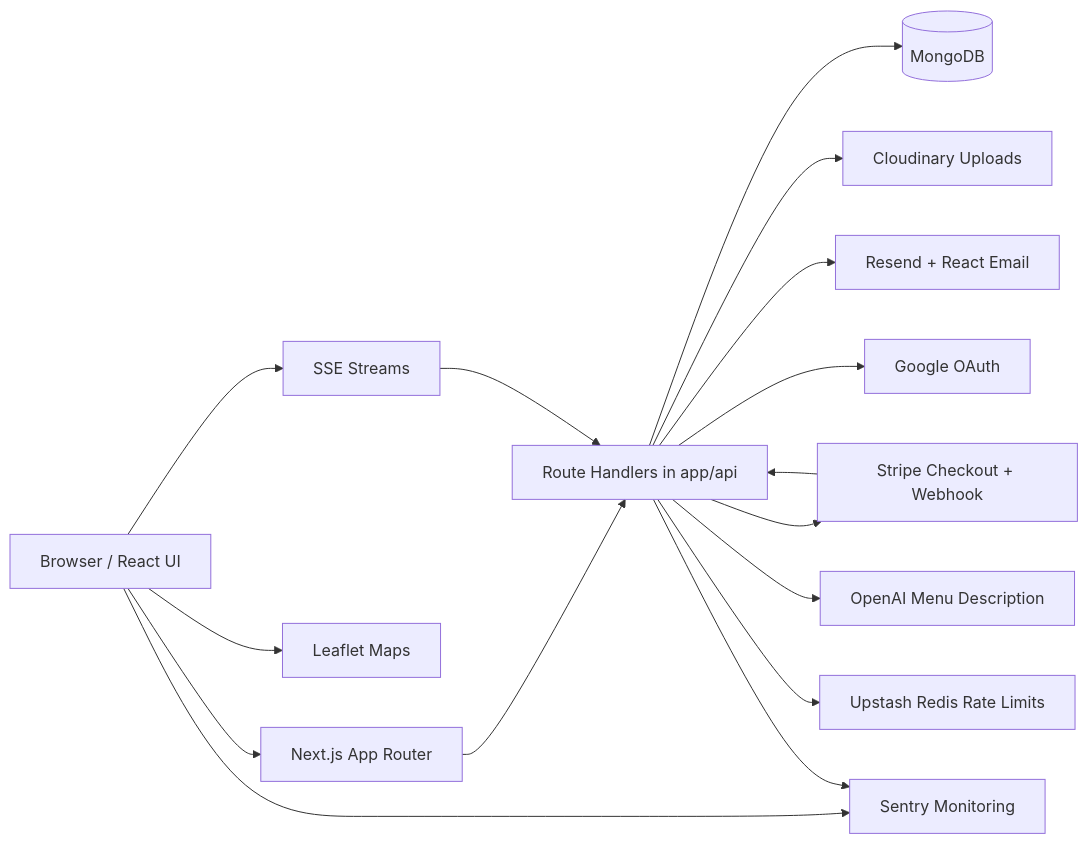
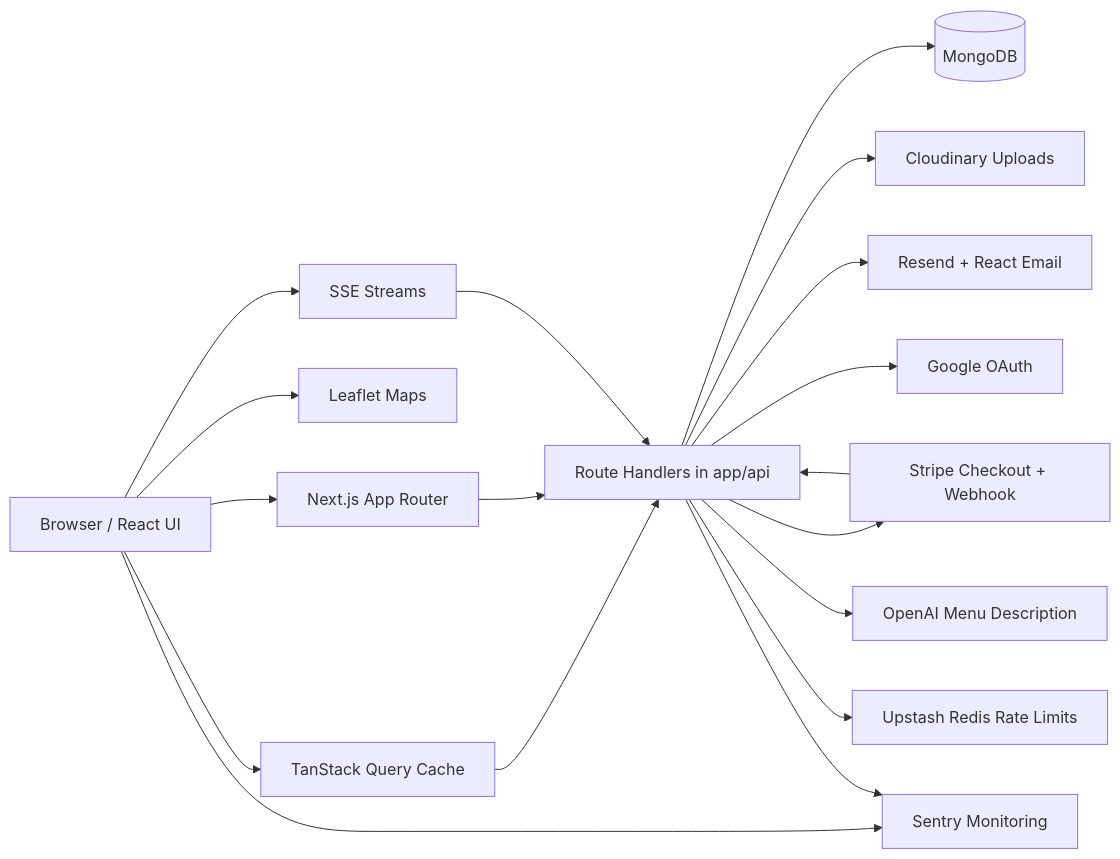
One commit to kimamovic21/food-ordering-app-nextjs-cwd-yt-2023 changed the first of 9 diagrams in ARCHITECTURE.md. Above: the diagram before and after it, drawn with Mermaid. The commit also changed other lines of this file and 29 other files, not shown here.

First line of the commit message:
Add TanStack Query caching and polish order UI

````diff
--- a/ARCHITECTURE.md
+++ b/ARCHITECTURE.md
@@ -9,32 +9,35 @@
 ```mermaid
 flowchart LR
   Browser[Browser / React UI]
   NextApp[Next.js App Router]
   Api[Route Handlers in app/api]
   Mongo[(MongoDB)]
   Stripe[Stripe Checkout + Webhook]
   Cloudinary[Cloudinary Uploads]
   Resend[Resend + React Email]
   Google[Google OAuth]
   OpenAI[OpenAI Menu Description]
   Redis[Upstash Redis Rate Limits]
   Maps[Leaflet Maps]
   SSE[SSE Streams]
+  Query[TanStack Query Cache]
   Sentry[Sentry Monitoring]
 
   Browser --> NextApp
+  Browser --> Query
+  Query --> Api
   NextApp --> Api
   Api --> Mongo
   Api --> Stripe
   Api --> Cloudinary
   Api --> Resend
   Api --> Google
   Api --> OpenAI
   Api --> Redis
   Browser --> Maps
   Browser --> SSE
   SSE --> Api
   Browser --> Sentry
   Api --> Sentry
   Stripe --> Api
 ```
````
